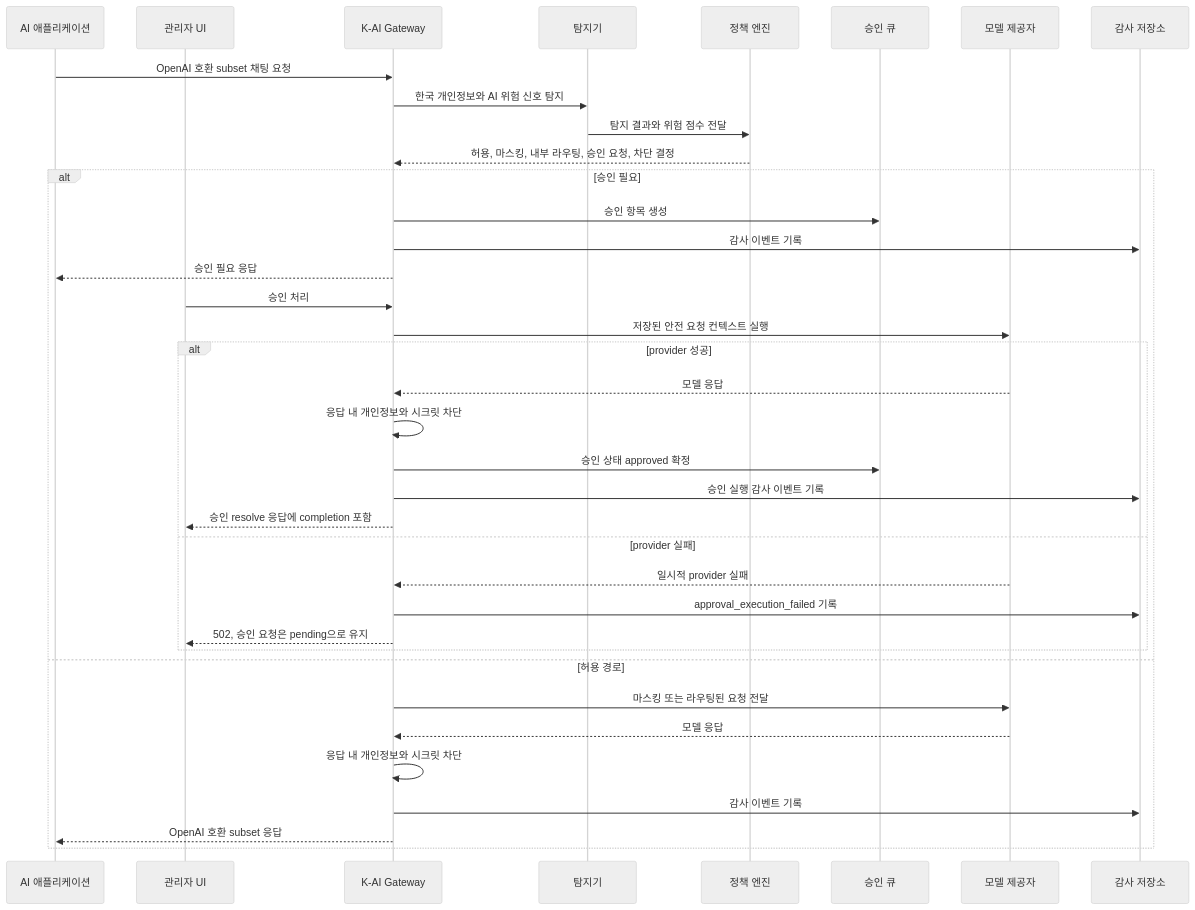
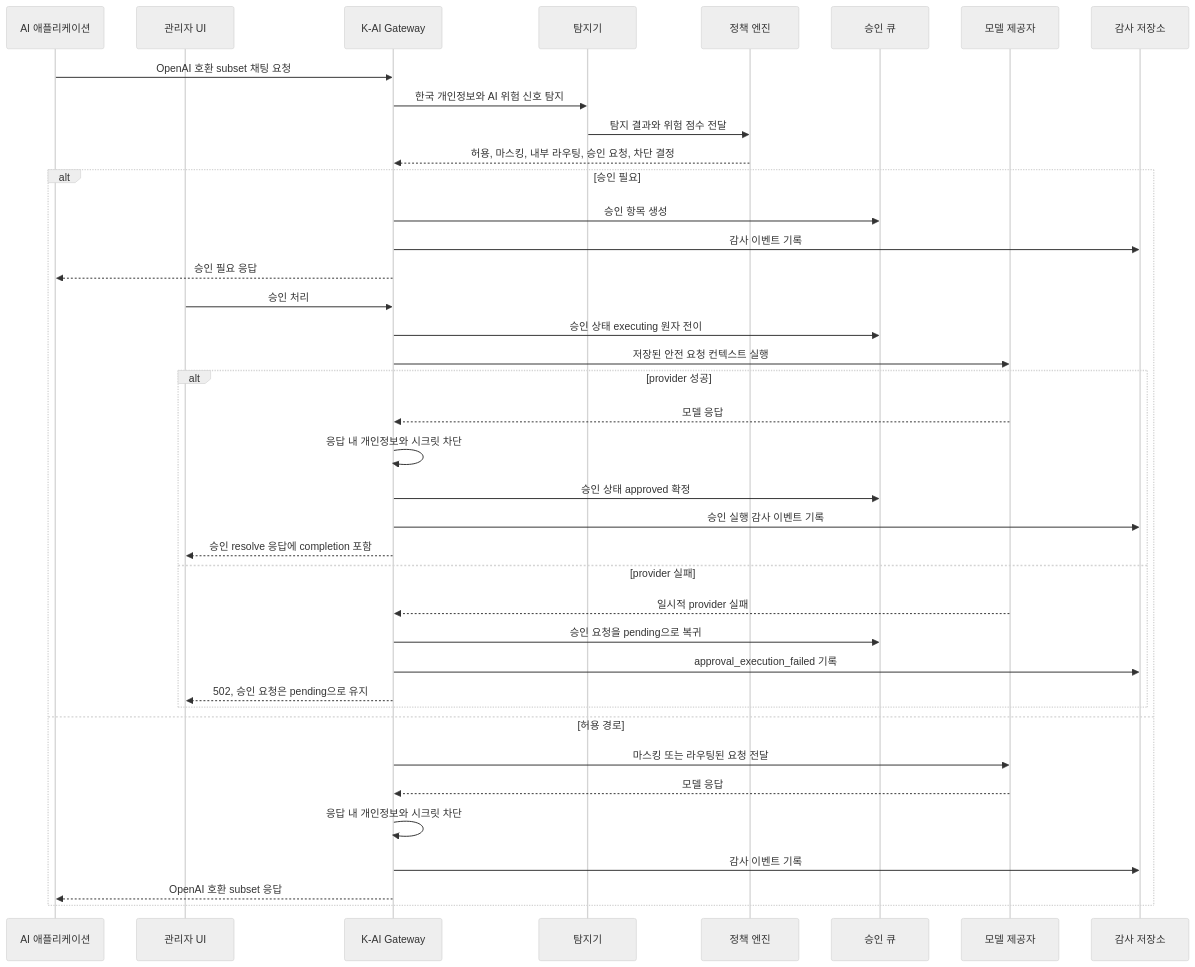
The second of 2 diagrams in README.ko.md (sinmb79/k-ai-security-gateway), drawn with Mermaid (neutral theme) before and after one commit. The commit also changed other lines of this file and 13 other files, not shown here.

````diff
--- a/README.ko.md
+++ b/README.ko.md
@@ -67,40 +67,42 @@
 ```mermaid
 sequenceDiagram
     participant App as AI 애플리케이션
     participant Admin as 관리자 UI
     participant GW as K-AI Gateway
     participant D as 탐지기
     participant P as 정책 엔진
     participant Q as 승인 큐
     participant M as 모델 제공자
     participant A as 감사 저장소
 
     App->>GW: OpenAI 호환 subset 채팅 요청
     GW->>D: 한국 개인정보와 AI 위험 신호 탐지
     D->>P: 탐지 결과와 위험 점수 전달
     P-->>GW: 허용, 마스킹, 내부 라우팅, 승인 요청, 차단 결정
     alt 승인 필요
         GW->>Q: 승인 항목 생성
         GW->>A: 감사 이벤트 기록
         GW-->>App: 승인 필요 응답
         Admin->>GW: 승인 처리
+        GW->>Q: 승인 상태 executing 원자 전이
         GW->>M: 저장된 안전 요청 컨텍스트 실행
         alt provider 성공
             M-->>GW: 모델 응답
             GW->>GW: 응답 내 개인정보와 시크릿 차단
             GW->>Q: 승인 상태 approved 확정
             GW->>A: 승인 실행 감사 이벤트 기록
             GW-->>Admin: 승인 resolve 응답에 completion 포함
         else provider 실패
             M-->>GW: 일시적 provider 실패
+            GW->>Q: 승인 요청을 pending으로 복귀
             GW->>A: approval_execution_failed 기록
             GW-->>Admin: 502, 승인 요청은 pending으로 유지
         end
     else 허용 경로
         GW->>M: 마스킹 또는 라우팅된 요청 전달
         M-->>GW: 모델 응답
         GW->>GW: 응답 내 개인정보와 시크릿 차단
         GW->>A: 감사 이벤트 기록
         GW-->>App: OpenAI 호환 subset 응답
     end
 ```
````
